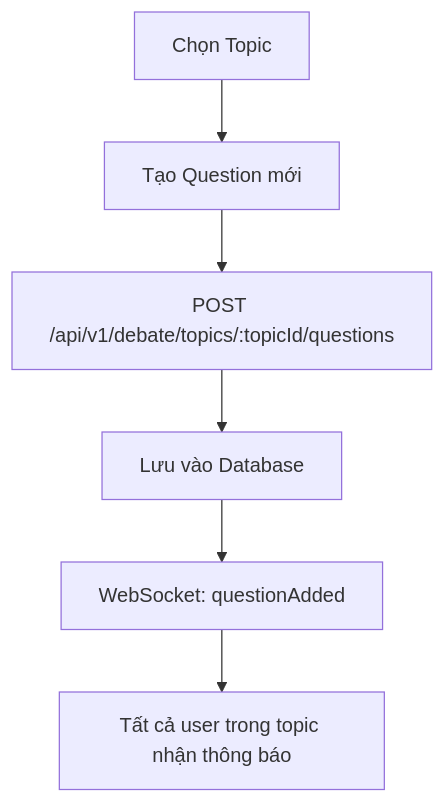
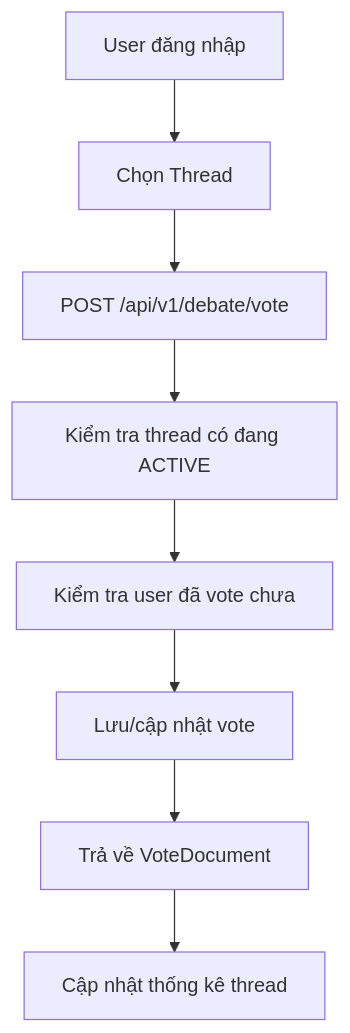
The second of 7 diagrams in DEBATE_SYSTEM_FLOW.md (server-craftsman/hcm201-restApi-with-nestjs-postgres), drawn with Mermaid before and after one commit. The commit also changed other lines of this file and 50 other files, not shown here.

````diff
--- a/DEBATE_SYSTEM_FLOW.md
+++ b/DEBATE_SYSTEM_FLOW.md
@@ -33,8 +131,10 @@
 ```mermaid
 graph TD
-    A[Chọn Topic] --> B[Tạo Question mới]
-    B --> C[POST /api/v1/debate/topics/:topicId/questions]
-    C --> D[Lưu vào Database]
-    D --> E[WebSocket: questionAdded]
-    E --> F[Tất cả user trong topic nhận thông báo]
+    A[User đăng nhập] --> B[Chọn Thread]
+    B --> C[POST /api/v1/debate/vote]
+    C --> D[Kiểm tra thread có đang ACTIVE]
+    D --> E[Kiểm tra user đã vote chưa]
+    E --> F[Lưu/cập nhật vote]
+    F --> G[Trả về VoteDocument]
+    G --> H[Cập nhật thống kê thread]
 ```
````
